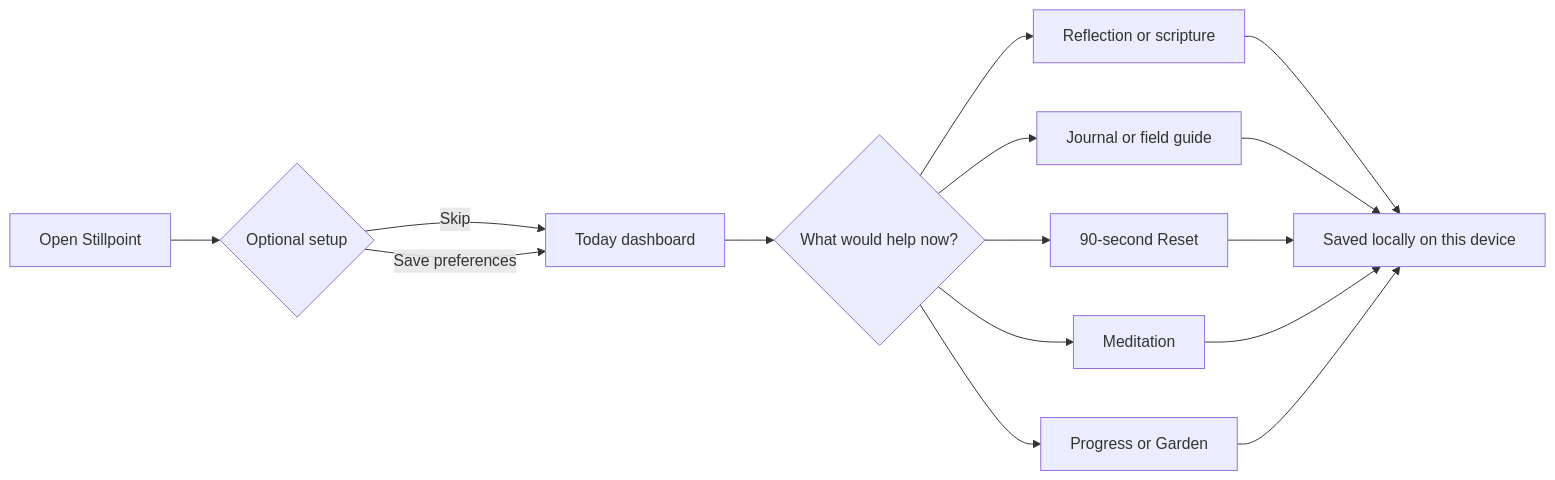
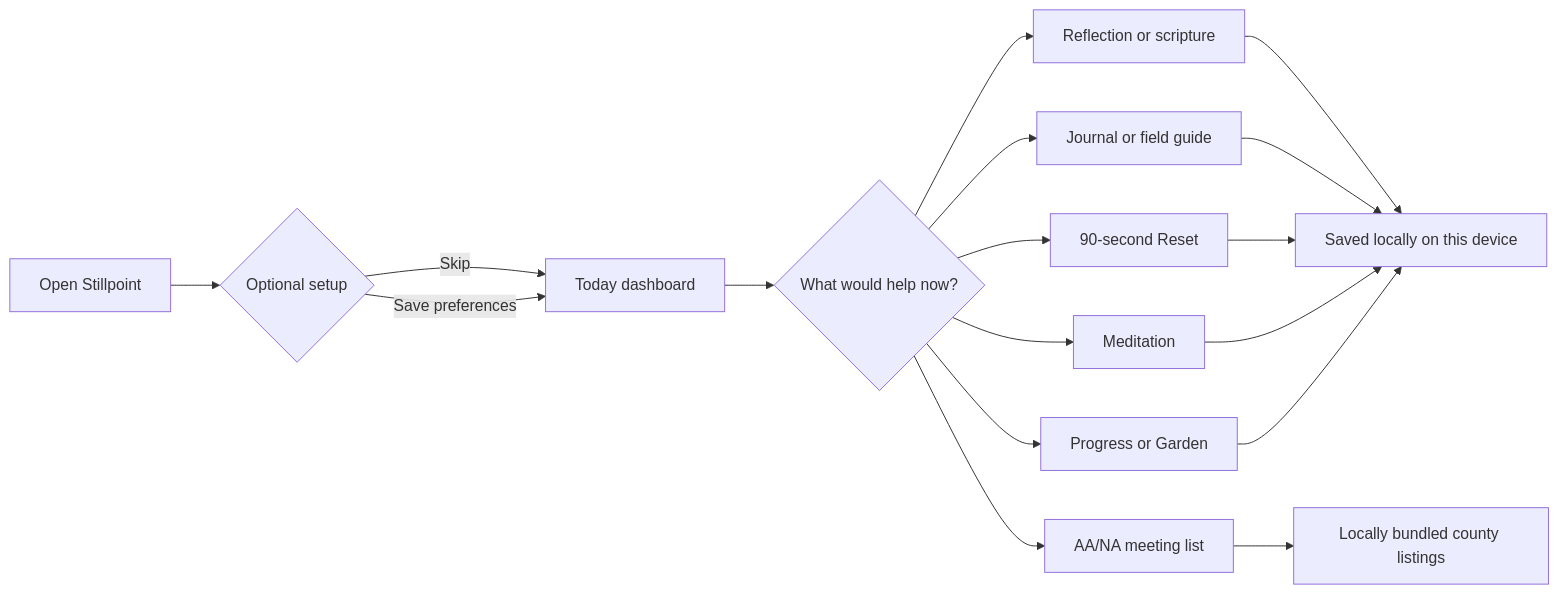
Before and after one commit to mcochranca-code/stillpoint-recovery: the first of 4 diagrams in README.md, drawn with Mermaid. The commit also changed other lines of this file and 20 other files, not shown here.

````diff
--- a/README.md
+++ b/README.md
@@ -54,17 +52,19 @@
 ```mermaid
 flowchart LR
     Open[Open Stillpoint] --> Setup{Optional setup}
     Setup -->|Skip| Today[Today dashboard]
     Setup -->|Save preferences| Today
     Today --> Choice{What would help now?}
     Choice --> Reflect[Reflection or scripture]
     Choice --> Write[Journal or field guide]
     Choice --> Reset[90-second Reset]
     Choice --> Practice[Meditation]
     Choice --> Review[Progress or Garden]
+    Choice --> Meet[AA/NA meeting list]
+    Meet --> Snapshot[Locally bundled county listings]
     Reflect --> Local[Saved locally on this device]
     Write --> Local
     Reset --> Local
     Practice --> Local
     Review --> Local
 ```
````
